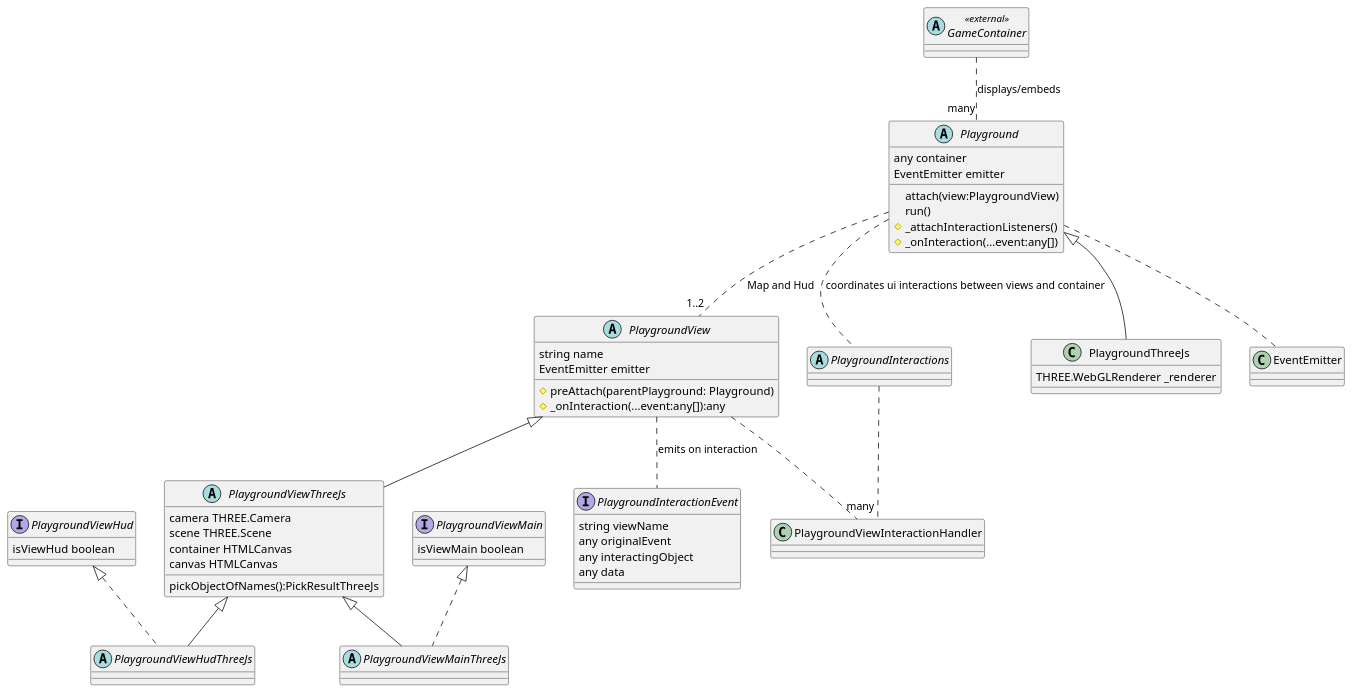
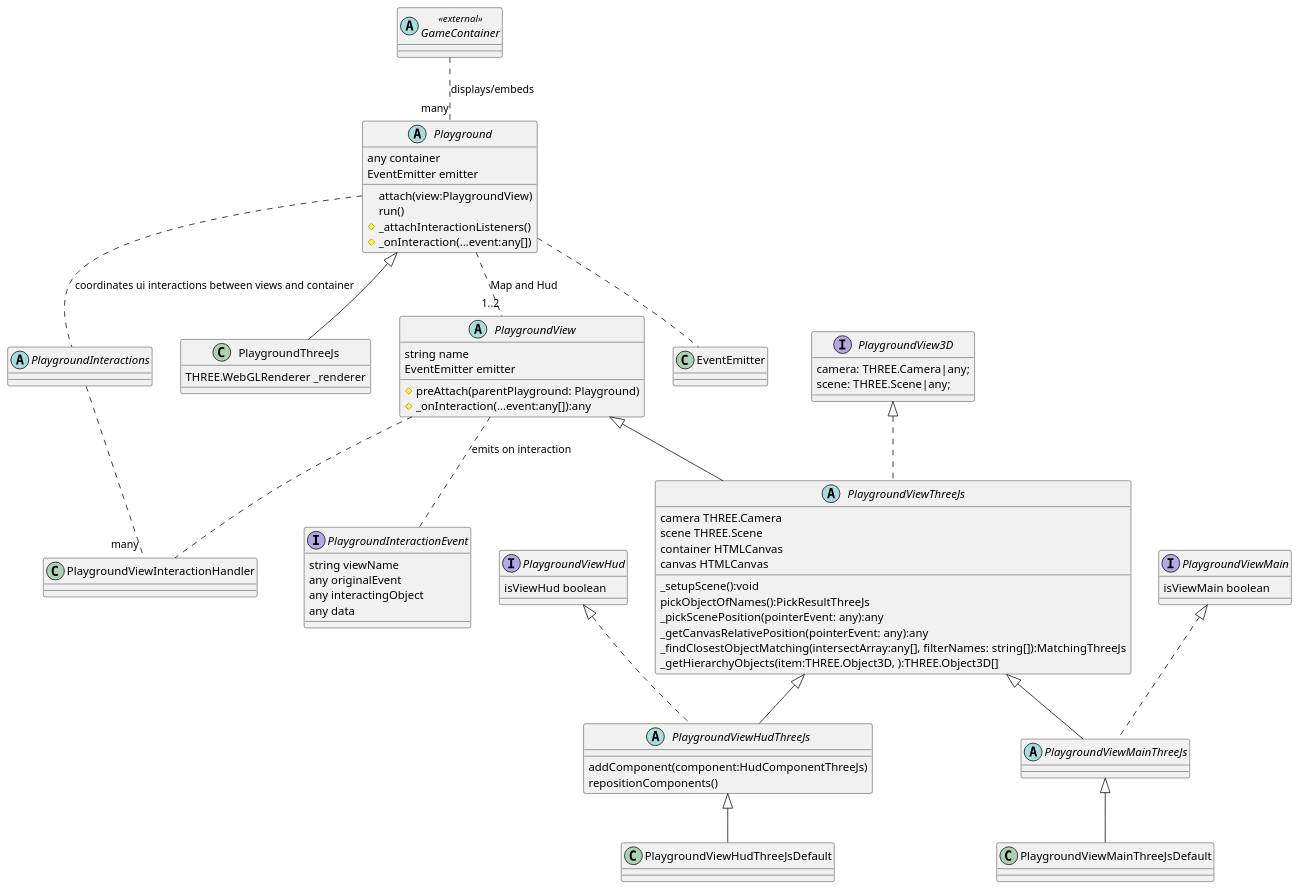
The diagram in docs/playground.model.puml (yentenobserver/gngine), drawn with PlantUML before and after one commit. The commit also changed 2 other files, not shown here.

```diff
--- a/docs/playground.model.puml
+++ b/docs/playground.model.puml
@@ -1,70 +1,87 @@
 @startuml
 
 
 abstract class GameContainer <<external>> {    
 }
 
 
 abstract class Playground {    
   {field} any container
   {field} EventEmitter emitter
   {method} attach(view:PlaygroundView)
   {method} run()
   {method} #_attachInteractionListeners()
   {method} #_onInteraction(...event:any[])
 }
 
 abstract class PlaygroundView {  
   {field} string name
   {field} EventEmitter emitter
   {method} #preAttach(parentPlayground: Playground)
   {method} #_onInteraction(...event:any[]):any
 }
 
 interface PlaygroundViewMain {   
   {field} isViewMain boolean
 }
 
 interface PlaygroundViewHud {   
    {field} isViewHud boolean
 }
 
+interface PlaygroundView3D {
+  {field} camera: THREE.Camera|any;
+  {field} scene: THREE.Scene|any;
+}
+
 abstract class PlaygroundViewThreeJs {
   {field} camera THREE.Camera
   {field} scene THREE.Scene
   {field} container HTMLCanvas 
   {field} canvas HTMLCanvas
+  {method} _setupScene():void
   {method} pickObjectOfNames():PickResultThreeJs
+  {method} _pickScenePosition(pointerEvent: any):any
+  {method} _getCanvasRelativePosition(pointerEvent: any):any
+  {method} _findClosestObjectMatching(intersectArray:any[], filterNames: string[]):MatchingThreeJs
+  {method} _getHierarchyObjects(item:THREE.Object3D, ):THREE.Object3D[]
 }
 
 interface PlaygroundInteractionEvent{
   {field} string viewName
   {field} any originalEvent
   {field} any interactingObject
   {field} any data
 }
 
 class PlaygroundThreeJs {
   {field} THREE.WebGLRenderer _renderer
 }
 
-abstract class PlaygroundViewHudThreeJs {}
+abstract class PlaygroundViewHudThreeJs {
+  {method} addComponent(component:HudComponentThreeJs)
+  {method} repositionComponents()
+}
 abstract class PlaygroundViewMainThreeJs {}
 
 
 abstract class PlaygroundInteractions {    
 }
 GameContainer .. "many" Playground : displays/embeds
 Playground .. "1..2" PlaygroundView : Map and Hud
 PlaygroundInteractions .. "many" PlaygroundViewInteractionHandler
 PlaygroundView .. PlaygroundViewInteractionHandler
 Playground .. PlaygroundInteractions : coordinates ui interactions between views and container
 PlaygroundView <|-- PlaygroundViewThreeJs
+PlaygroundView3D <|.. PlaygroundViewThreeJs
+
 PlaygroundViewMain <|.. PlaygroundViewMainThreeJs
 PlaygroundViewThreeJs <|-- PlaygroundViewMainThreeJs
+PlaygroundViewMainThreeJs <|-- PlaygroundViewMainThreeJsDefault
+PlaygroundViewHudThreeJs <|-- PlaygroundViewHudThreeJsDefault
 PlaygroundViewHud <|.. PlaygroundViewHudThreeJs
 PlaygroundViewThreeJs <|-- PlaygroundViewHudThreeJs
 Playground <|-- PlaygroundThreeJs
 Playground .. EventEmitter
 PlaygroundView .. PlaygroundInteractionEvent : emits on interaction
 @enduml
```
